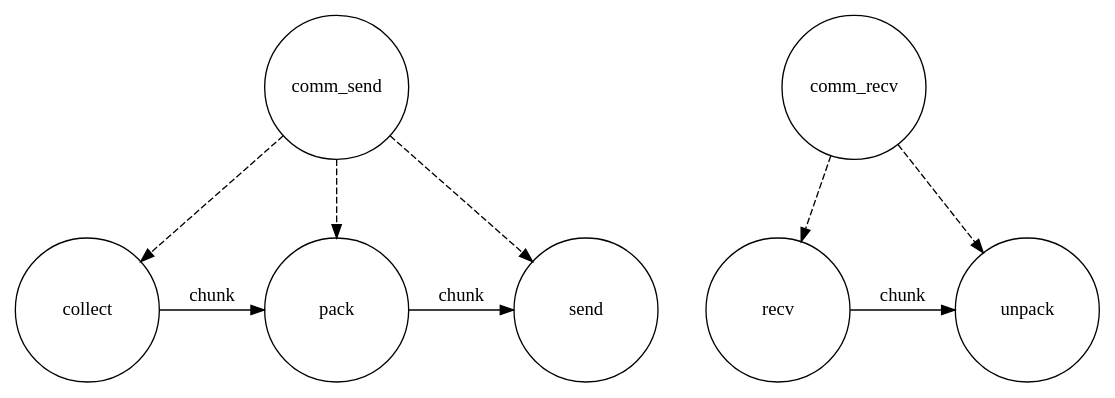
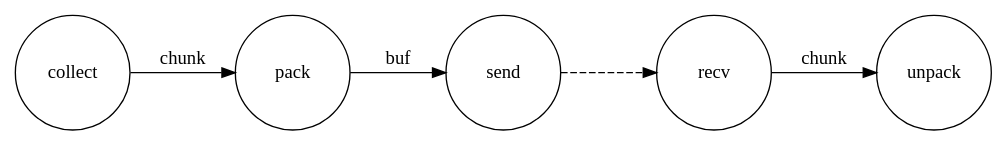
The diagram in doc/fig/comm-particles.dot (rodarima/cpic), drawn with Graphviz before and after one commit. The commit also changed 8 other files, not shown here.

```diff
--- a/doc/fig/comm-particles.dot
+++ b/doc/fig/comm-particles.dot
@@ -1,26 +1,16 @@
 digraph G {
 	rankdir = TB;
-	graph [nodesep=0.5 ranksep=0.8 style=ortho];
-	node [shape=circle width=1.5];
-	//node [height=0.7];
-	//node [shape=box]
+	graph [nodesep=0.5 ranksep=0.8];
+	node [shape=circle width=1.2];
 
 	subgraph {
-		comm_send -> {collect; pack; send}[style=dashed]
 		collect -> pack [label="chunk"];
-		pack -> send [label="chunk"];
-		{rank = same; comm_send}
-		{rank = same; collect;pack;send}
+		pack -> send [label="buf"];
+		send -> recv [style=dashed];
+		recv -> unpack [label="chunk"];
+		//comm_send -> {collect; pack; send}[style=dashed];
+		//comm_recv -> {recv; unpack}[style=dashed];
+		//{rank = same; comm_recv; comm_send};
+		{rank = same; collect; pack; send; recv; unpack;};
 	}
-
-	subgraph{
-		comm_recv -> {recv; unpack}[style=dashed]
-		recv -> unpack [label="chunk"];
-		{rank = same; comm_recv}
-		{rank = same; recv; unpack}
-	}
-
-	//particle_comm -> comm_send [style=dashed];
-	//particle_comm -> comm_recv [style=dashed];
-
 }
```
